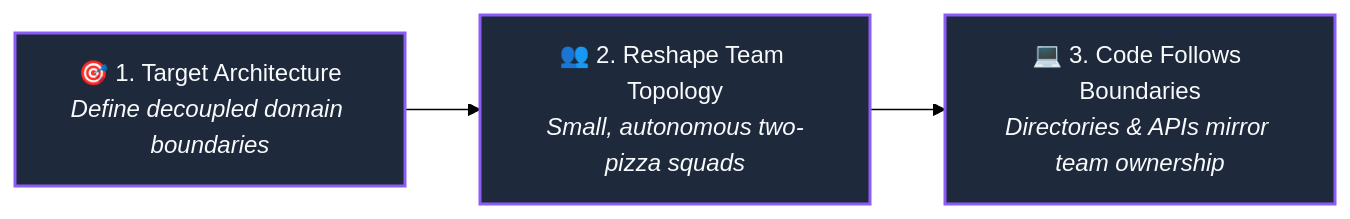
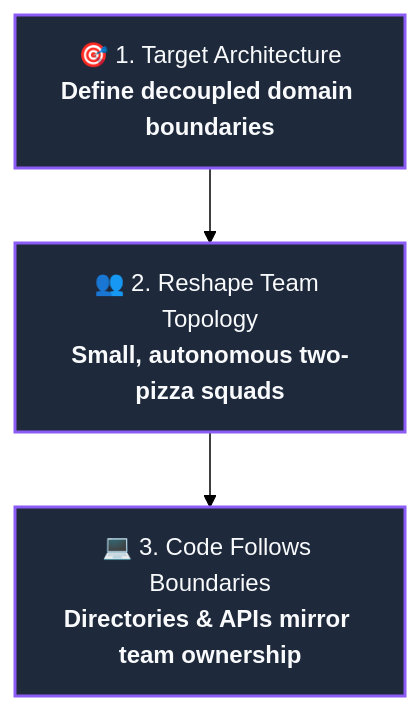
One commit to Dustu103/system-design changed the fourth of 9 diagrams in 01-filestructure/articles/01-your-folder-structure-is-a-message.md. Above: the diagram before and after it, drawn with Mermaid (forest theme). The commit also changed other lines of this file and 2 other files, not shown here.

Commit message:
style: optimize Mermaid diagrams with vertical hierarchy and large legible fonts

````diff
--- a/01-filestructure/articles/01-your-folder-structure-is-a-message.md
+++ b/01-filestructure/articles/01-your-folder-structure-is-a-message.md
@@ -121,9 +122,9 @@
 ```mermaid
-flowchart LR
-    A["🎯 1. Target Architecture<br/><i>Define decoupled domain boundaries</i>"] 
-    --> B["👥 2. Reshape Team Topology<br/><i>Small, autonomous two-pizza squads</i>"]
-    --> C["💻 3. Code Follows Boundaries<br/><i>Directories & APIs mirror team ownership</i>"]
+flowchart TD
+    A["🎯 1. Target Architecture<br/><b>Define decoupled domain boundaries</b>"] 
+    --> B["👥 2. Reshape Team Topology<br/><b>Small, autonomous two-pizza squads</b>"]
+    --> C["💻 3. Code Follows Boundaries<br/><b>Directories & APIs mirror team ownership</b>"]
 
     classDef step fill:#1e293b,stroke:#8b5cf6,stroke-width:2px,color:#f8fafc;
     class A,B,C step;
 ```
````
